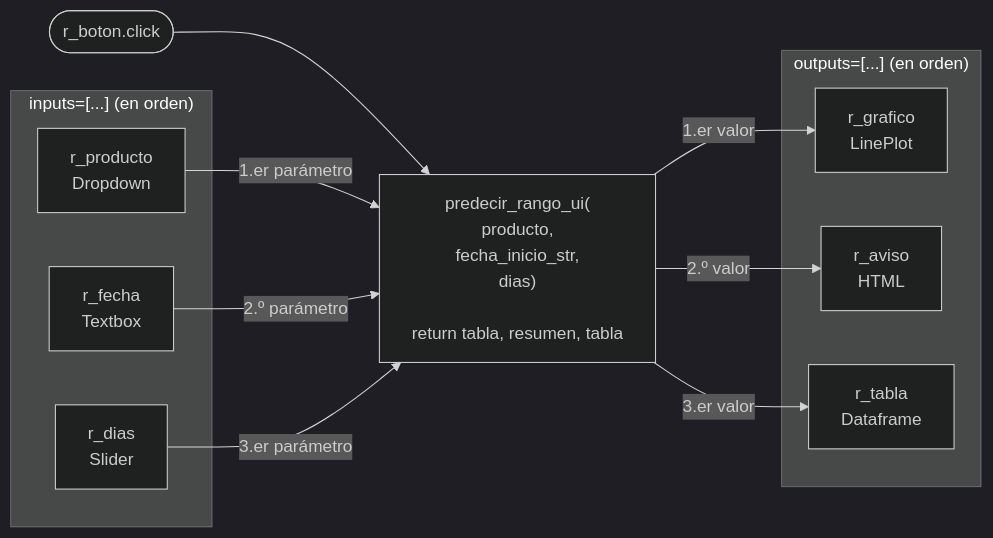
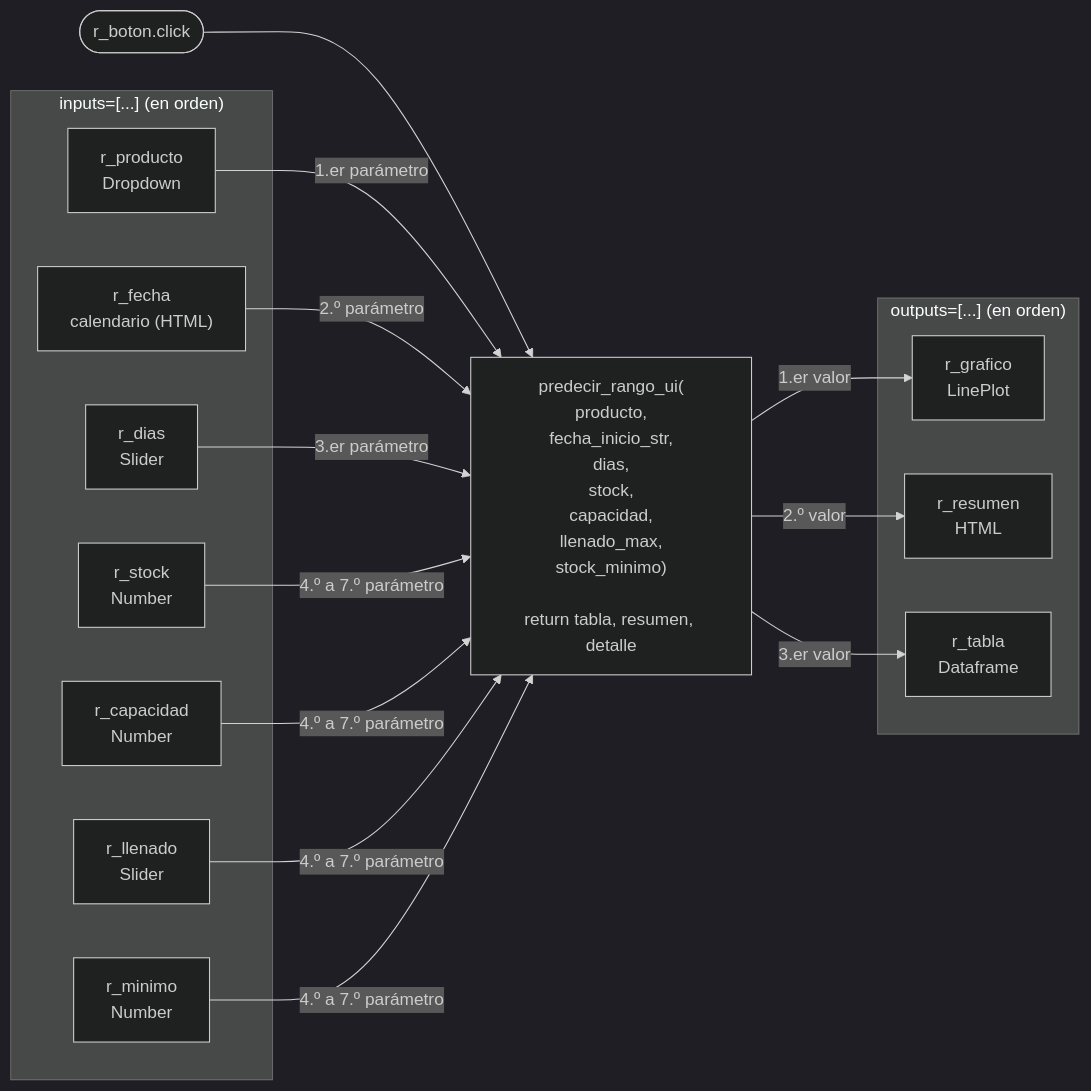
One commit to alhexmbs/tesis-backend changed the sixth of 7 diagrams in docs/arquitectura.md. Above: the diagram before and after it, drawn with Mermaid (dark theme). The commit also changed other lines of this file and 5 other files, not shown here.

````diff
--- a/docs/arquitectura.md
+++ b/docs/arquitectura.md
@@ -295,24 +309,29 @@
 ```mermaid
 flowchart LR
     subgraph IN["inputs=[...] (en orden)"]
         i1["r_producto<br/>Dropdown"]
-        i2["r_fecha<br/>Textbox"]
+        i2["r_fecha<br/>calendario (HTML)"]
         i3["r_dias<br/>Slider"]
+        i4["r_stock<br/>Number"]
+        i5["r_capacidad<br/>Number"]
+        i6["r_llenado<br/>Slider"]
+        i7["r_minimo<br/>Number"]
     end
 
-    fn["predecir_rango_ui(<br/>producto,<br/>fecha_inicio_str,<br/>dias)<br/><br/>return tabla, resumen, tabla"]
+    fn["predecir_rango_ui(<br/>producto,<br/>fecha_inicio_str,<br/>dias,<br/>stock,<br/>capacidad,<br/>llenado_max,<br/>stock_minimo)<br/><br/>return tabla, resumen, detalle"]
 
     subgraph OUT["outputs=[...] (en orden)"]
         o1["r_grafico<br/>LinePlot"]
-        o2["r_aviso<br/>HTML"]
+        o2["r_resumen<br/>HTML"]
         o3["r_tabla<br/>Dataframe"]
     end
 
     boton(["r_boton.click"]) --> fn
     i1 -- "1.er parámetro" --> fn
     i2 -- "2.º parámetro" --> fn
     i3 -- "3.er parámetro" --> fn
+    i4 & i5 & i6 & i7 -- "4.º a 7.º parámetro" --> fn
     fn -- "1.er valor" --> o1
     fn -- "2.º valor" --> o2
     fn -- "3.er valor" --> o3
 ```
````
